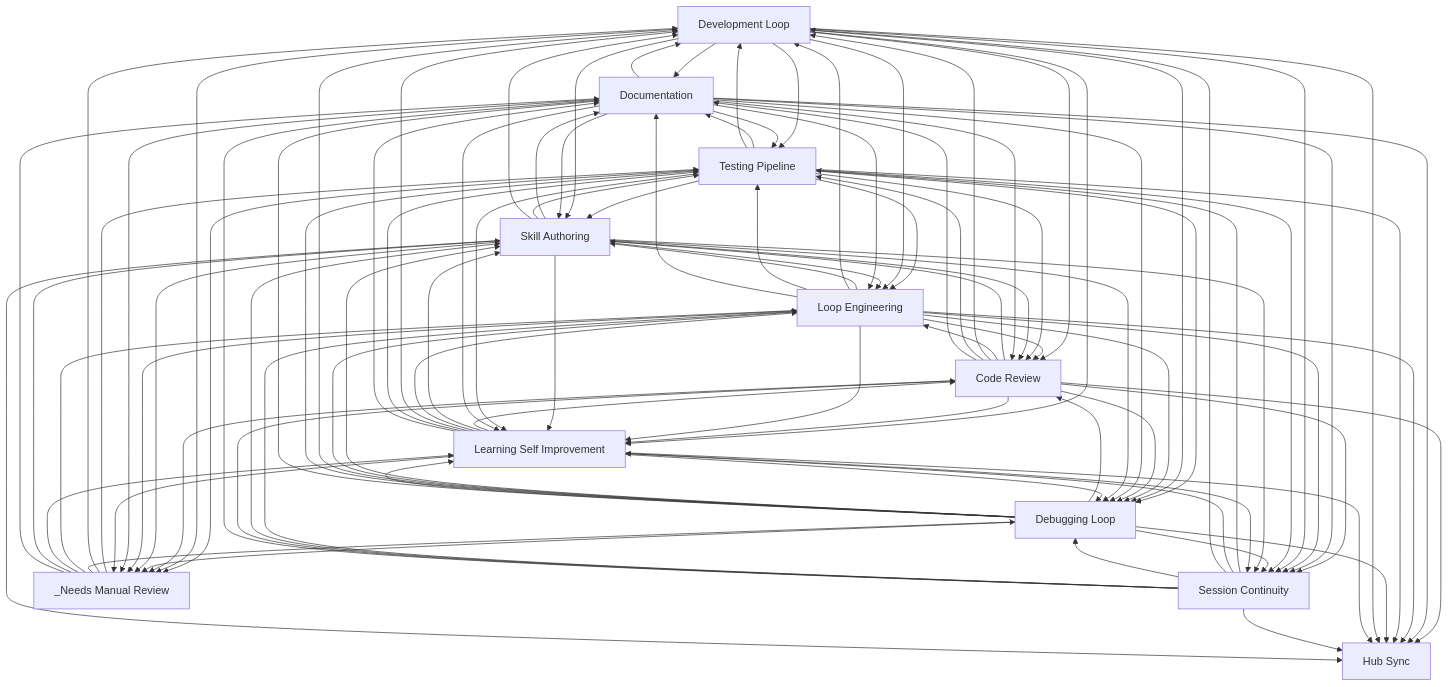
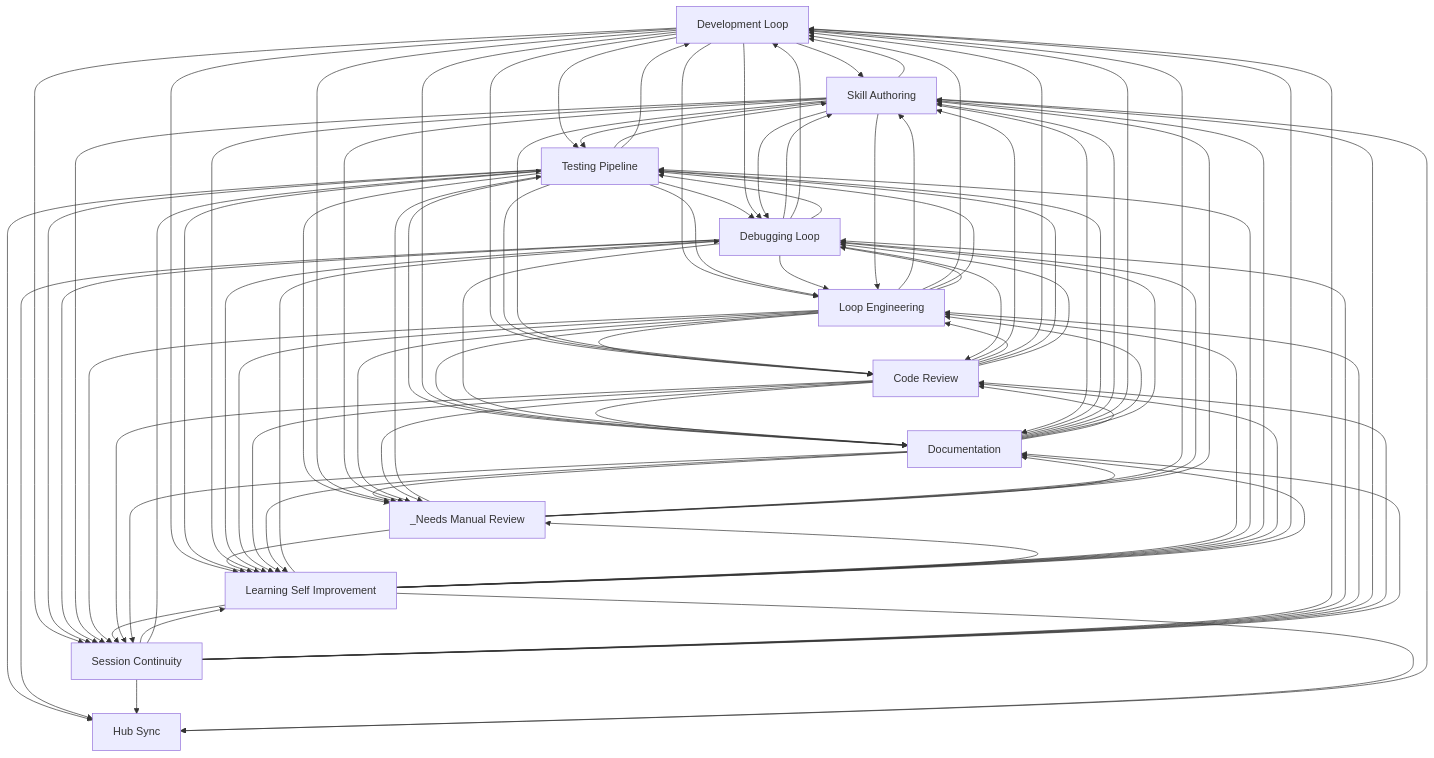
Before and after one commit to abhayla/claude-best-practices: the diagram in docs/workflows/INDEX.md, drawn with Mermaid. The commit also changed other lines of this file and 64 other files, not shown here.

````diff
--- a/docs/workflows/INDEX.md
+++ b/docs/workflows/INDEX.md
@@ -33,100 +33,94 @@
     documentation[Documentation]
     hub_sync[Hub Sync]
     _needs_manual_review[_Needs Manual Review]
-    testing_pipeline --> documentation
-    development_loop --> documentation
-    skill_authoring --> documentation
-    testing_pipeline --> skill_authoring
-    testing_pipeline --> loop_engineering
-    development_loop --> testing_pipeline
-    development_loop --> skill_authoring
-    development_loop --> loop_engineering
-    skill_authoring --> testing_pipeline
-    skill_authoring --> loop_engineering
-    documentation --> testing_pipeline
-    documentation --> skill_authoring
-    documentation --> loop_engineering
-    development_loop --> code_review
+    loop_engineering --> skill_authoring
+    loop_engineering --> code_review
+    loop_engineering --> development_loop
+    loop_engineering --> testing_pipeline
     code_review --> skill_authoring
     code_review --> loop_engineering
     code_review --> development_loop
     code_review --> testing_pipeline
-    loop_engineering --> code_review
-    loop_engineering --> skill_authoring
-    loop_engineering --> development_loop
-    loop_engineering --> testing_pipeline
-    development_loop --> learning_self_improvement
-    code_review --> learning_self_improvement
-    loop_engineering --> learning_self_improvement
+    development_loop --> skill_authoring
+    development_loop --> loop_engineering
+    development_loop --> code_review
+    development_loop --> testing_pipeline
+    testing_pipeline --> skill_authoring
+    skill_authoring --> testing_pipeline
     testing_pipeline --> development_loop
     _needs_manual_review --> testing_pipeline
     _needs_manual_review --> development_loop
     testing_pipeline --> debugging_loop
-    _needs_manual_review --> debugging_loop
-    _needs_manual_review --> loop_engineering
+    testing_pipeline --> loop_engineering
     testing_pipeline --> code_review
-    debugging_loop --> code_review
+    testing_pipeline --> documentation
     debugging_loop --> skill_authoring
     debugging_loop --> loop_engineering
     debugging_loop --> development_loop
     debugging_loop --> testing_pipeline
     development_loop --> debugging_loop
+    development_loop --> documentation
+    loop_engineering --> documentation
+    skill_authoring --> loop_engineering
+    skill_authoring --> code_review
+    skill_authoring --> development_loop
+    documentation --> testing_pipeline
+    documentation --> skill_authoring
     documentation --> development_loop
-    loop_engineering --> debugging_loop
-    loop_engineering --> documentation
-    skill_authoring --> development_loop
-    skill_authoring --> code_review
-    skill_authoring --> learning_self_improvement
-    testing_pipeline --> learning_self_improvement
     testing_pipeline --> _needs_manual_review
     development_loop --> _needs_manual_review
-    code_review --> debugging_loop
-    documentation --> code_review
-    documentation --> debugging_loop
-    code_review --> session_continuity
     code_review --> documentation
-    code_review --> hub_sync
-    documentation --> session_continuity
-    documentation --> hub_sync
-    documentation --> learning_self_improvement
-    loop_engineering --> session_continuity
-    loop_engineering --> hub_sync
+    development_loop --> learning_self_improvement
+    development_loop --> session_continuity
+    session_continuity --> learning_self_improvement
     session_continuity --> testing_pipeline
-    session_continuity --> learning_self_improvement
-    development_loop --> session_continuity
+    testing_pipeline --> learning_self_improvement
     _needs_manual_review --> learning_self_improvement
+    loop_engineering --> debugging_loop
+    testing_pipeline --> hub_sync
     testing_pipeline --> session_continuity
+    debugging_loop --> hub_sync
     debugging_loop --> session_continuity
-    debugging_loop --> learning_self_improvement
-    testing_pipeline --> hub_sync
+    debugging_loop --> code_review
     debugging_loop --> documentation
-    debugging_loop --> hub_sync
-    development_loop --> hub_sync
+    skill_authoring --> session_continuity
     session_continuity --> development_loop
-    skill_authoring --> session_continuity
+    skill_authoring --> learning_self_improvement
+    skill_authoring --> debugging_loop
     session_continuity --> debugging_loop
     session_continuity --> loop_engineering
-    skill_authoring --> debugging_loop
-    learning_self_improvement --> code_review
-    learning_self_improvement --> debugging_loop
-    learning_self_improvement --> skill_authoring
-    learning_self_improvement --> loop_engineering
-    learning_self_improvement --> development_loop
-    learning_self_improvement --> testing_pipeline
-    code_review --> _needs_manual_review
-    debugging_loop --> _needs_manual_review
-    skill_authoring --> _needs_manual_review
-    loop_engineering --> _needs_manual_review
+    loop_engineering --> session_continuity
+    _needs_manual_review --> debugging_loop
+    debugging_loop --> learning_self_improvement
+    skill_authoring --> documentation
     _needs_manual_review --> skill_authoring
     _needs_manual_review --> documentation
+    documentation --> _needs_manual_review
+    learning_self_improvement --> debugging_loop
+    learning_self_improvement --> loop_engineering
+    learning_self_improvement --> testing_pipeline
     learning_self_improvement --> session_continuity
-    documentation --> _needs_manual_review
+    learning_self_improvement --> skill_authoring
+    learning_self_improvement --> code_review
+    learning_self_improvement --> development_loop
+    learning_self_improvement --> documentation
+    skill_authoring --> _needs_manual_review
     session_continuity --> skill_authoring
-    learning_self_improvement --> documentation
-    learning_self_improvement --> hub_sync
+    session_continuity --> hub_sync
     session_continuity --> code_review
     session_continuity --> documentation
-    session_continuity --> hub_sync
+    learning_self_improvement --> _needs_manual_review
+    learning_self_improvement --> hub_sync
     skill_authoring --> hub_sync
-    learning_self_improvement --> _needs_manual_review
+    loop_engineering --> learning_self_improvement
+    loop_engineering --> _needs_manual_review
+    code_review --> debugging_loop
+    documentation --> loop_engineering
+    documentation --> debugging_loop
+    documentation --> code_review
+    code_review --> learning_self_improvement
+    code_review --> session_continuity
+    documentation --> learning_self_improvement
+    documentation --> session_continuity
+    code_review --> _needs_manual_review
 ```
````
